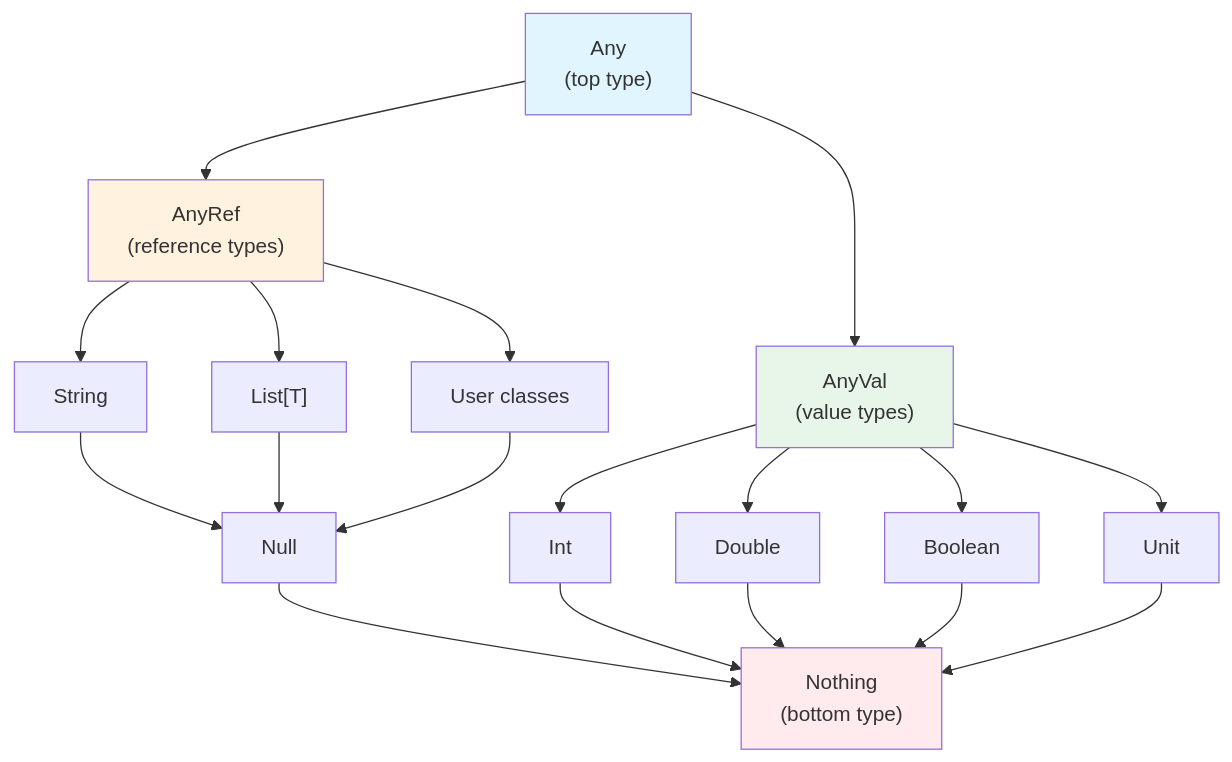
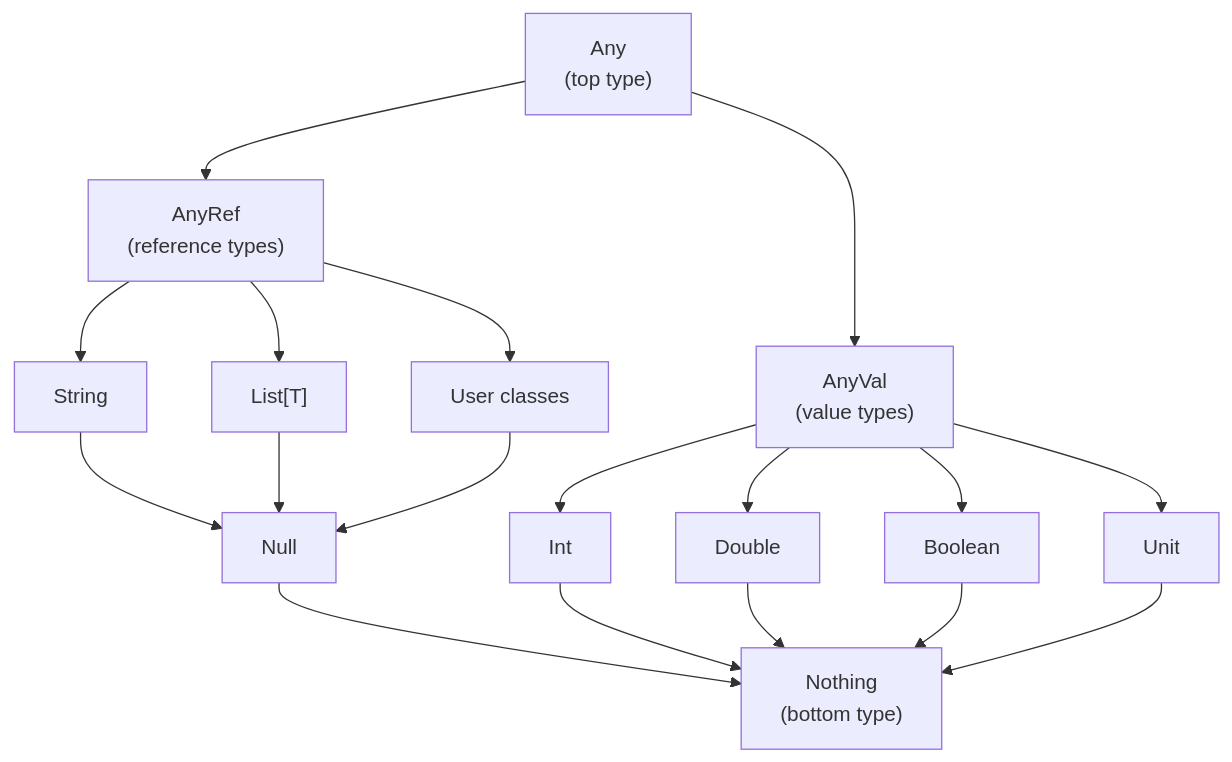
Before and after one commit to advanced-beginner/advanced-beginner.github.io: the diagram in content/en/scala/concepts/basics.md, drawn with Mermaid. The commit also changed 35 other files, not shown here.

First line of the commit message:
refactor: Mermaid 다이어그램 개선

````diff
--- a/content/en/scala/concepts/basics.md
+++ b/content/en/scala/concepts/basics.md
@@ -81,45 +81,40 @@
 ```mermaid
 graph TB
     Any["Any<br/>(top type)"]
     AnyVal["AnyVal<br/>(value types)"]
     AnyRef["AnyRef<br/>(reference types)"]
 
     Any --> AnyVal
     Any --> AnyRef
 
     Int["Int"]
     Double["Double"]
     Boolean["Boolean"]
     Unit["Unit"]
 
     AnyVal --> Int
     AnyVal --> Double
     AnyVal --> Boolean
     AnyVal --> Unit
 
     String["String"]
     List["List[T]"]
     UserClass["User classes"]
 
     AnyRef --> String
     AnyRef --> List
     AnyRef --> UserClass
 
     Null["Null"]
     Nothing["Nothing<br/>(bottom type)"]
 
     String --> Null
     List --> Null
     UserClass --> Null
 
     Null --> Nothing
     Int --> Nothing
     Double --> Nothing
     Boolean --> Nothing
     Unit --> Nothing
-
-    style Any fill:#e1f5fe
-    style Nothing fill:#ffebee
-    style AnyVal fill:#e8f5e9
-    style AnyRef fill:#fff3e0
 ```
````
